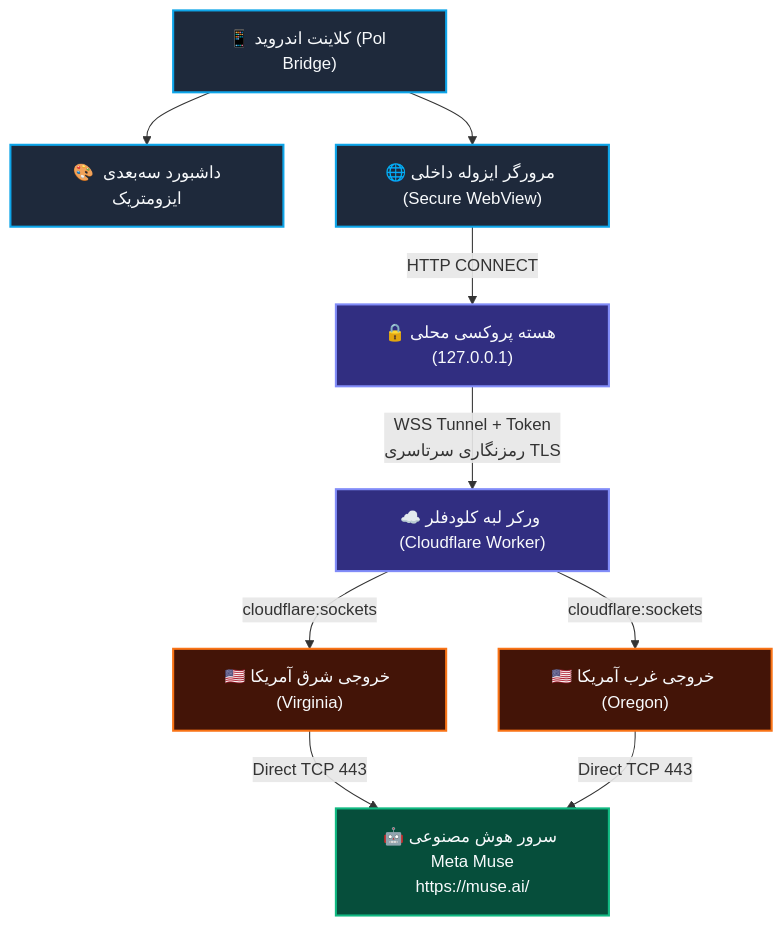
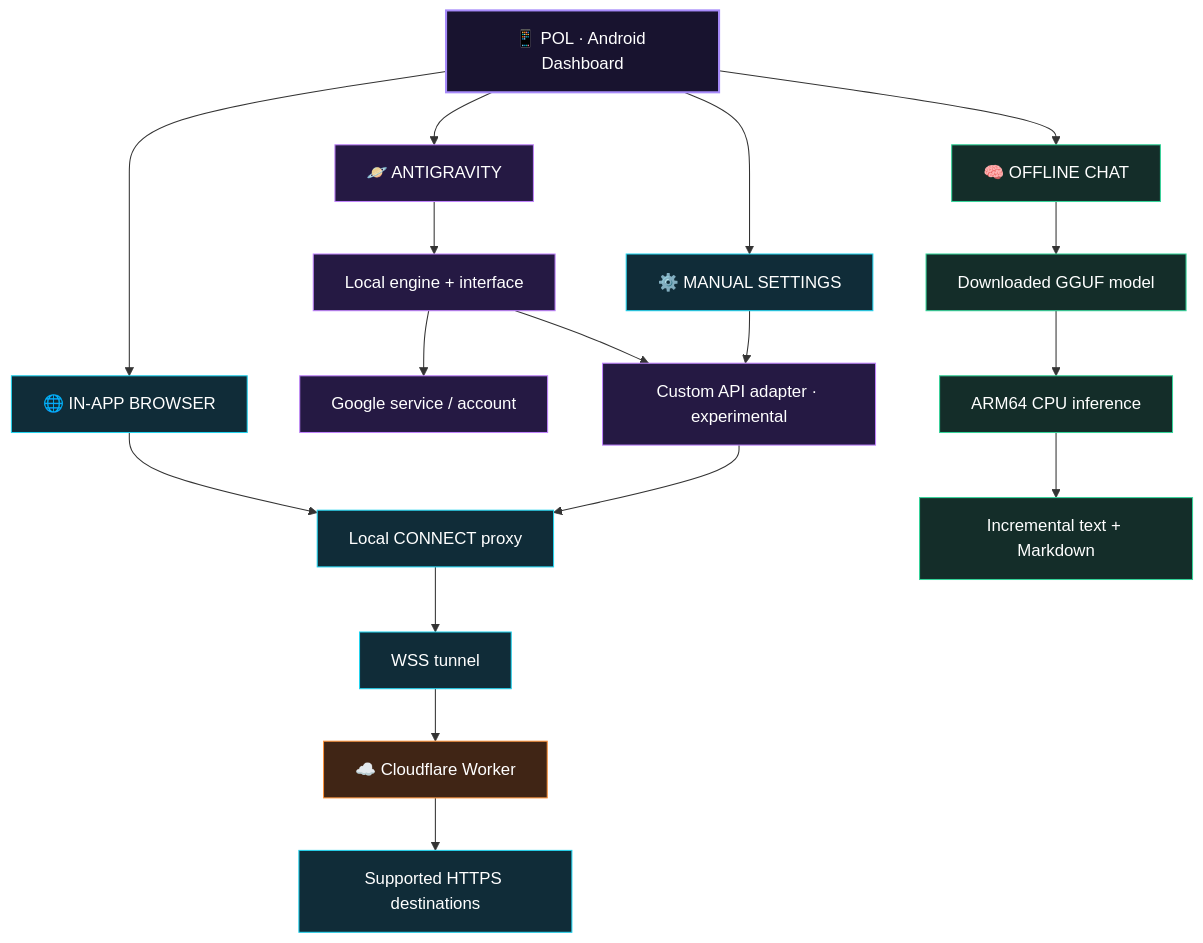
Before and after one commit to Solina-Projects/pol-cloudflare-bridge: the diagram in README_FA.md, drawn with Mermaid. The commit also changed other lines of this file and 6 other files, not shown here.

````diff
--- a/README_FA.md
+++ b/README_FA.md
@@ -73,25 +75,33 @@
 ```mermaid
-graph TD
-    Client["📱 کلاینت اندروید (Pol Bridge)"] --> UI["🎨 داشبورد سه‌بعدی ایزومتریک"]
-    Client --> WebView["🌐 مرورگر ایزوله داخلی (Secure WebView)"]
-    
-    WebView -->|"HTTP CONNECT"| Proxy["🔒 هسته پروکسی محلی (127.0.0.1)"]
-    
-    Proxy -->|"WSS Tunnel + Token<br/>رمزنگاری سرتاسری TLS"| Worker["☁️ ورکر لبه کلودفلر (Cloudflare Worker)"]
-    
-    Worker -->|"cloudflare:sockets"| US_East["🇺🇸 خروجی شرق آمریکا (Virginia)"]
-    Worker -->|"cloudflare:sockets"| US_West["🇺🇸 خروجی غرب آمریکا (Oregon)"]
-    
-    US_East -->|"Direct TCP 443"| Target["🤖 سرور هوش مصنوعی Meta Muse<br/>https://muse.ai/"]
-    US_West -->|"Direct TCP 443"| Target
+flowchart TD
+    App["📱 POL · Android Dashboard"]
+    App --> AG["🪐 ANTIGRAVITY"]
+    App --> Web["🌐 IN-APP BROWSER"]
+    App --> Off["🧠 OFFLINE CHAT"]
+    App --> Settings["⚙️ MANUAL SETTINGS"]
 
-    classDef c1 fill:#1e293b,stroke:#0ea5e9,stroke-width:2px,color:#f8fafc;
-    classDef c2 fill:#312e81,stroke:#818cf8,stroke-width:2px,color:#f8fafc;
-    classDef c3 fill:#431407,stroke:#f97316,stroke-width:2px,color:#f8fafc;
-    classDef c4 fill:#064e3b,stroke:#10b981,stroke-width:2px,color:#f8fafc;
+    AG --> Runtime["Local engine + interface"]
+    Runtime --> Google["Google service / account"]
+    Runtime --> Adapter["Custom API adapter · experimental"]
+    Settings --> Adapter
+    Web --> Proxy["Local CONNECT proxy"]
+    Adapter --> Proxy
+    Proxy --> WSS["WSS tunnel"]
+    WSS --> Worker["☁️ Cloudflare Worker"]
+    Worker --> Services["Supported HTTPS destinations"]
 
-    class Client,UI,WebView c1;
-    class Proxy,Worker c2;
-    class US_East,US_West c3;
-    class Target c4;
+    Off --> Models["Downloaded GGUF model"]
+    Models --> CPU["ARM64 CPU inference"]
+    CPU --> Stream["Incremental text + Markdown"]
+
+    classDef root fill:#18132f,stroke:#a78bfa,color:#fff,stroke-width:2px;
+    classDef ag fill:#251943,stroke:#c084fc,color:#fff;
+    classDef net fill:#102c38,stroke:#22d3ee,color:#fff;
+    classDef off fill:#142d29,stroke:#34d399,color:#fff;
+    classDef cloud fill:#402515,stroke:#fb923c,color:#fff;
+    class App root;
+    class AG,Runtime,Google,Adapter ag;
+    class Web,Settings,Proxy,WSS,Services net;
+    class Off,Models,CPU,Stream off;
+    class Worker cloud;
 ```
````
